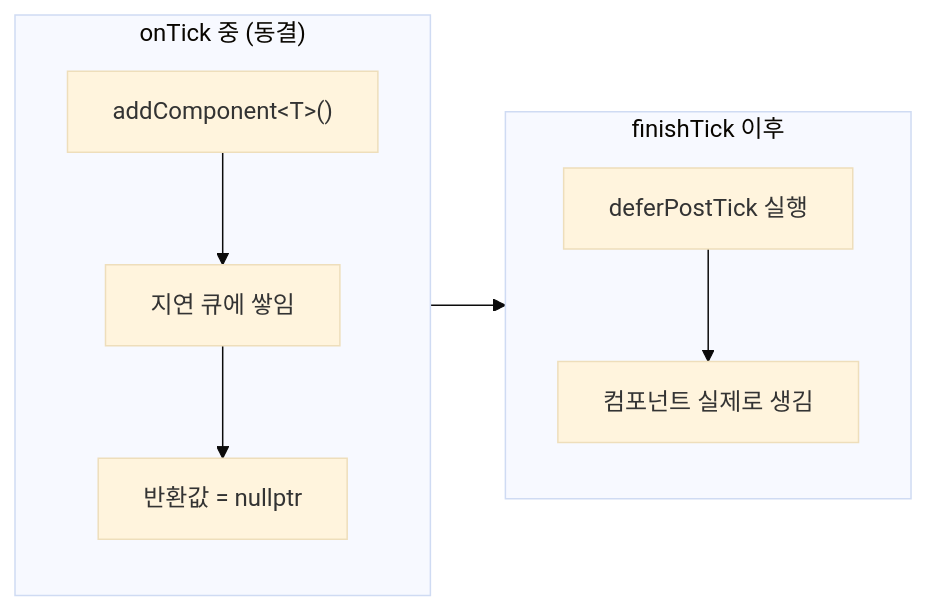
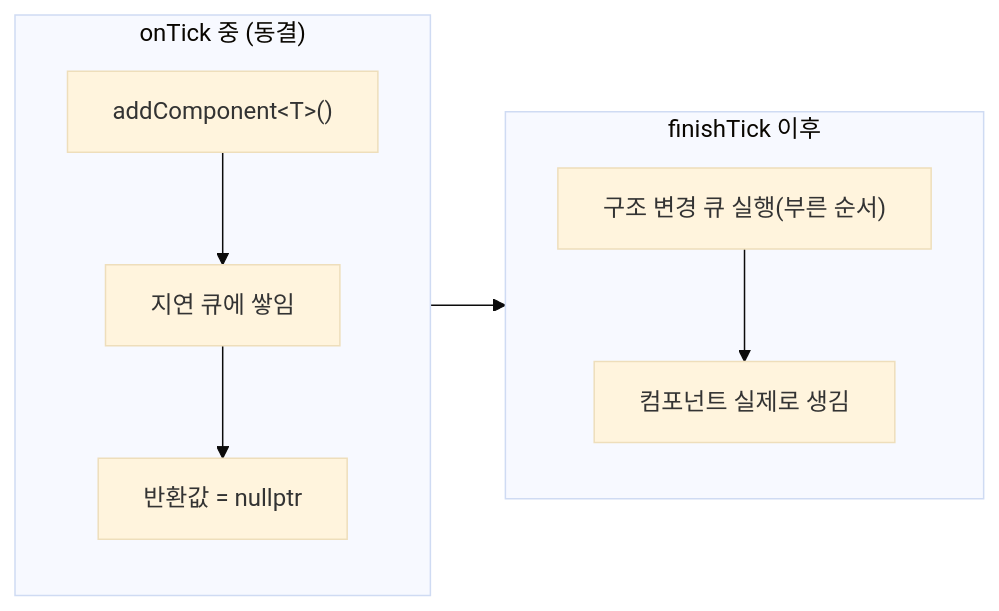
One commit to sswgame/LearningTemplate changed the second of 3 diagrams in Source/Engine/Object/README.md. Above: the diagram before and after it, drawn with Mermaid (base theme). The commit also changed other lines of this file and 10 other files, not shown here.

````diff
--- a/Source/Engine/Object/README.md
+++ b/Source/Engine/Object/README.md
@@ -131,12 +132,12 @@
 ```mermaid
 flowchart LR
   subgraph during ["onTick 중 (동결)"]
     A1["addComponent&lt;T&gt;()"] --> A2["지연 큐에 쌓임"]
     A2 --> A3["반환값 = nullptr"]
   end
   subgraph after ["finishTick 이후"]
-    C1["deferPostTick 실행"]
+    C1["구조 변경 큐 실행(부른 순서)"]
     C1 --> C3["컴포넌트 실제로 생김"]
   end
   during --> after
 ```
````
